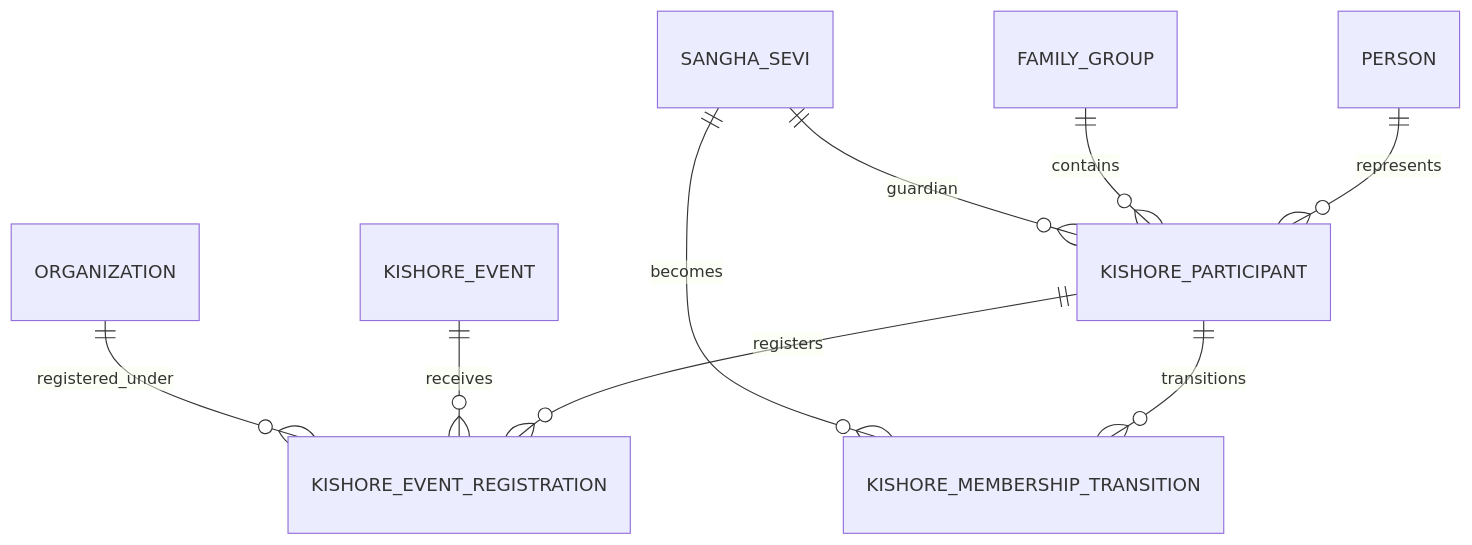
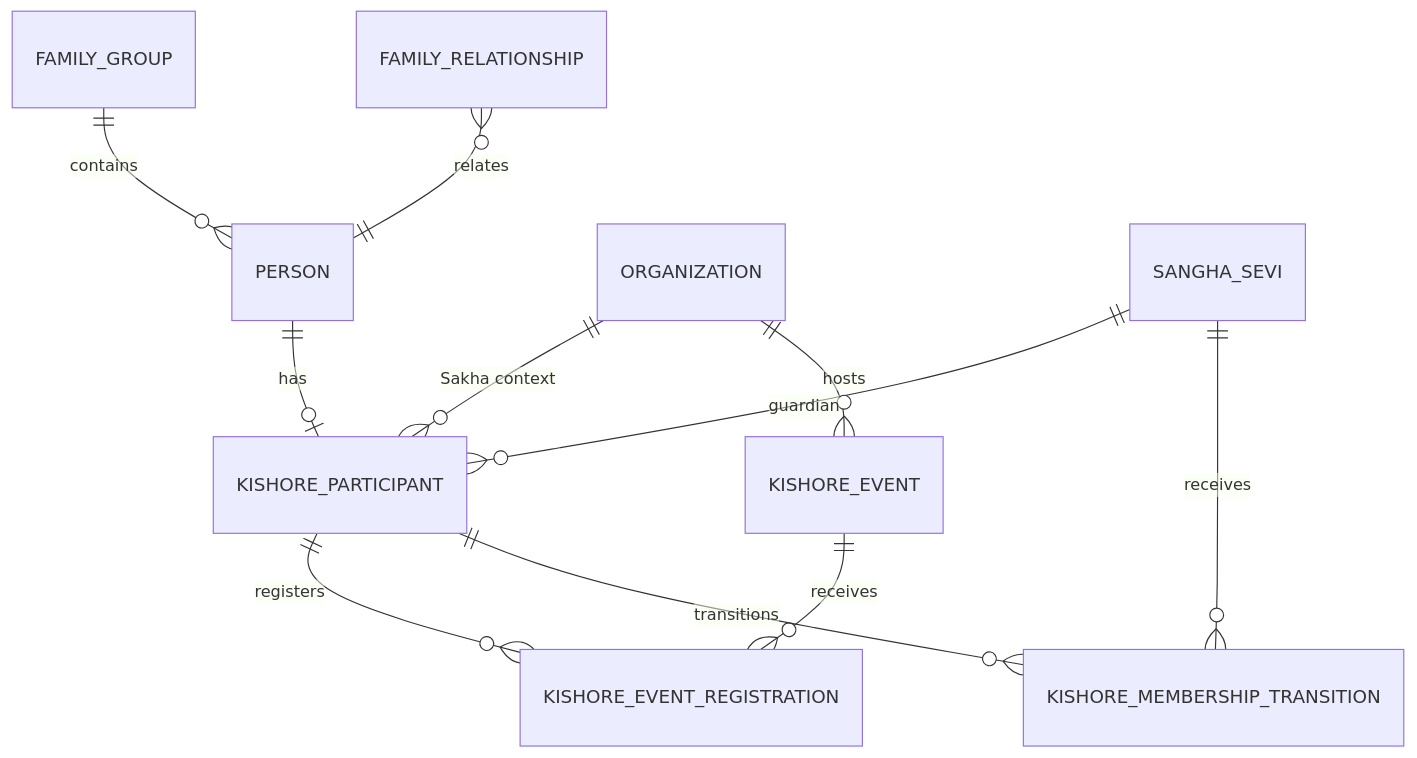
The first of 3 diagrams in docs/03_Solution/modules/kishore/02_kishore_erd.md (NilachalaSaraswataSangha/NSS_ERP), drawn with Mermaid before and after one commit. The commit also changed other lines of this file and 4 other files, not shown here.

````diff
--- a/docs/03_Solution/modules/kishore/02_kishore_erd.md
+++ b/docs/03_Solution/modules/kishore/02_kishore_erd.md
@@ -19,11 +79,22 @@
 ```mermaid
 erDiagram
-    PERSON ||--o{ KISHORE_PARTICIPANT : represents
-    FAMILY_GROUP ||--o{ KISHORE_PARTICIPANT : contains
-    KISHORE_PARTICIPANT ||--o{ KISHORE_EVENT_REGISTRATION : registers
-    KISHORE_EVENT ||--o{ KISHORE_EVENT_REGISTRATION : receives
-    ORGANIZATION ||--o{ KISHORE_EVENT_REGISTRATION : registered_under
-    SANGHA_SEVI ||--o{ KISHORE_PARTICIPANT : guardian
-    KISHORE_PARTICIPANT ||--o{ KISHORE_MEMBERSHIP_TRANSITION : transitions
-    SANGHA_SEVI ||--o{ KISHORE_MEMBERSHIP_TRANSITION : becomes
+
+    PERSON ||--o| KISHORE_PARTICIPANT : "has"
+
+    FAMILY_GROUP ||--o{ PERSON : "contains"
+    FAMILY_RELATIONSHIP }o--|| PERSON : "relates"
+
+    ORGANIZATION ||--o{ KISHORE_PARTICIPANT : "Sakha context"
+
+    SANGHA_SEVI ||--o{ KISHORE_PARTICIPANT : "guardian"
+
+    ORGANIZATION ||--o{ KISHORE_EVENT : "hosts"
+
+    KISHORE_PARTICIPANT ||--o{ KISHORE_EVENT_REGISTRATION : "registers"
+
+    KISHORE_EVENT ||--o{ KISHORE_EVENT_REGISTRATION : "receives"
+
+    SANGHA_SEVI ||--o{ KISHORE_MEMBERSHIP_TRANSITION : "receives"
+
+    KISHORE_PARTICIPANT ||--o{ KISHORE_MEMBERSHIP_TRANSITION : "transitions"
 ```
````
